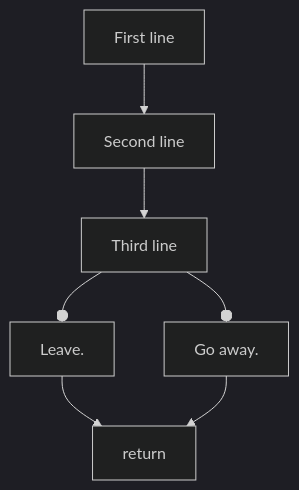
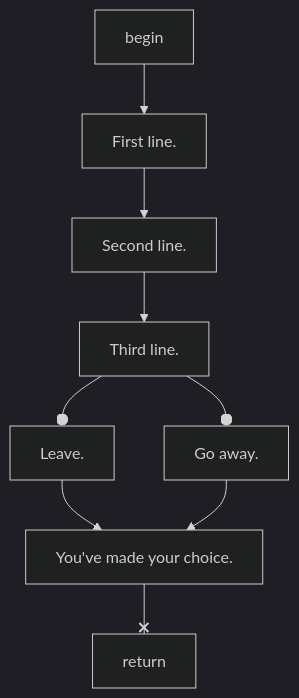
Before and after one commit to probablyduncan/cafe: the diagram in src/content/cafe/scenes/basic.mmd, drawn with Mermaid (dark theme). The commit also changed 17 other files, not shown here.

```diff
--- a/src/content/cafe/scenes/basic.mmd
+++ b/src/content/cafe/scenes/basic.mmd
@@ -1,7 +1,9 @@
 flowchart TD
 
-    i[First line]
-    --> ii[Second line]
-    --> iii[Third line]
+    begin
+    --> i[First line.]
+    --> ii[Second line.]
+    --> iii[Third line.]
     --o leave[Leave.] & stay[Go away.]
-    --> return
+    --> iv[You've made your choice.]
+    --x return
```
